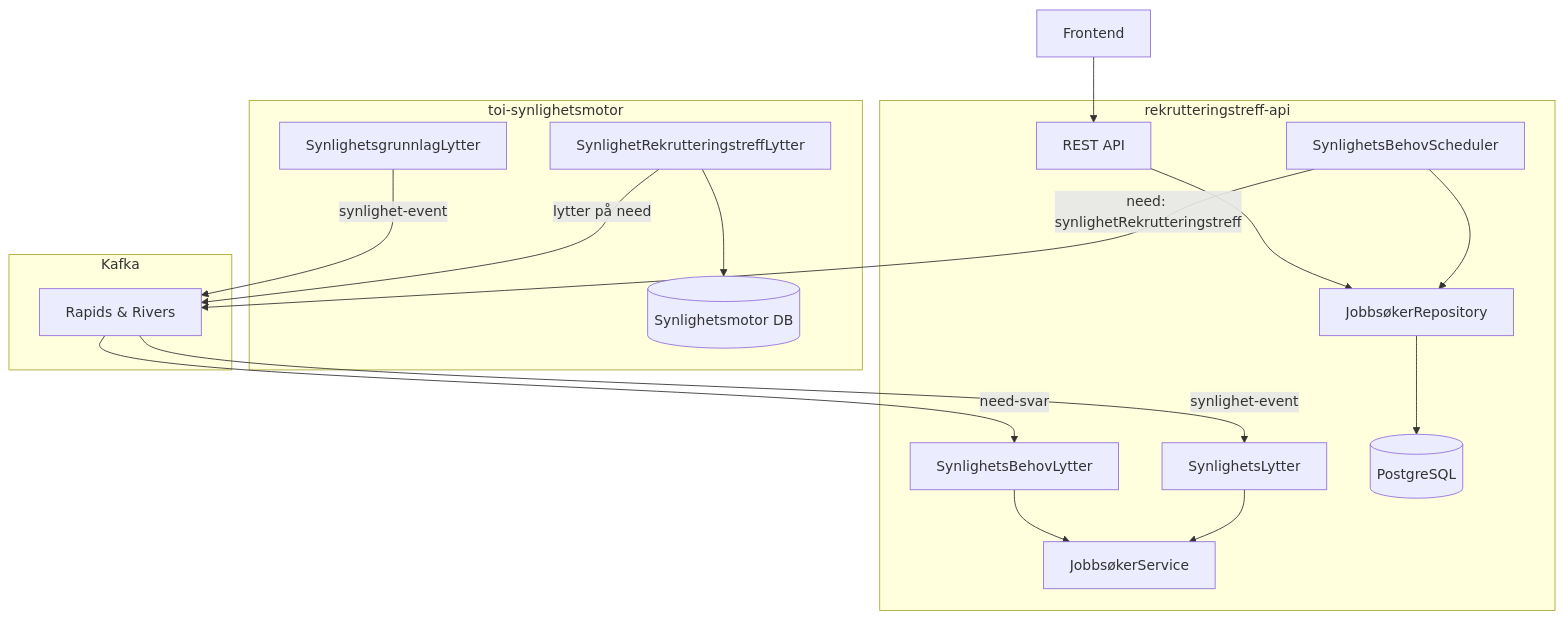
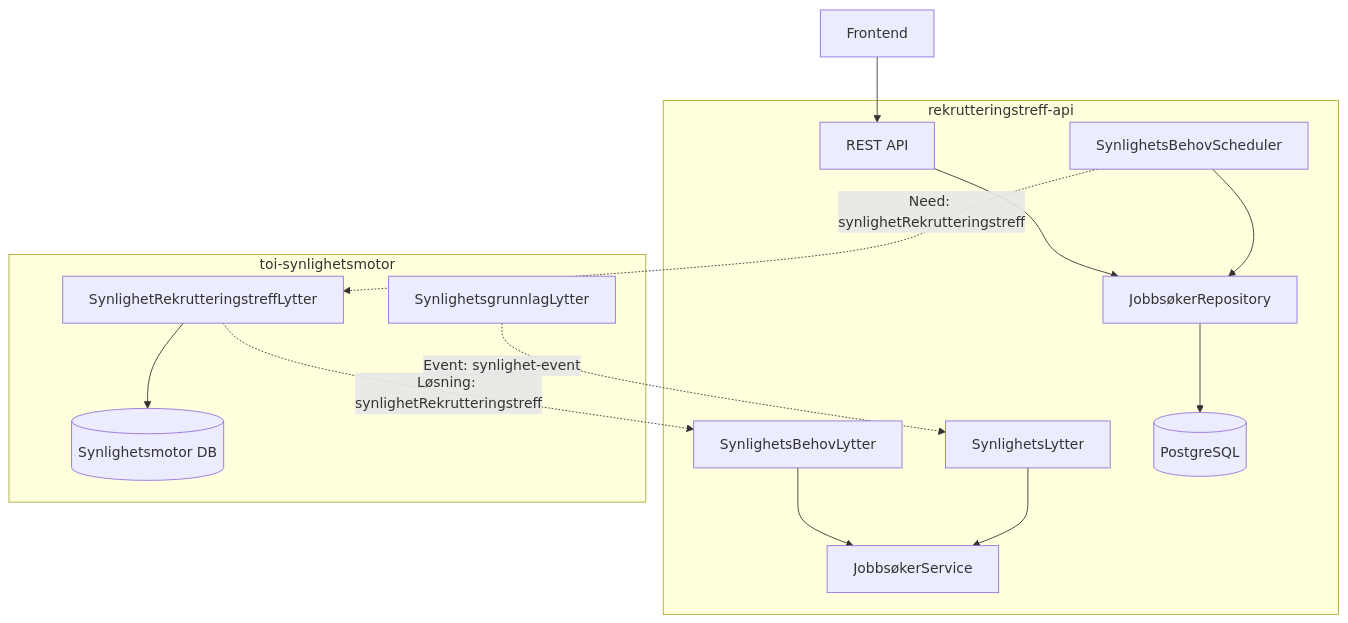
One commit to navikt/rekrutteringstreff-backend changed the first of 4 diagrams in docs/3-sikkerhet/synlighet.md. Above: the diagram before and after it, drawn with Mermaid. The commit also changed other lines of this file, not shown here.

Commit message:
Komprimer synlighetsdiagrammet

````diff
--- a/docs/3-sikkerhet/synlighet.md
+++ b/docs/3-sikkerhet/synlighet.md
@@ -11,38 +11,32 @@
 ```mermaid
 flowchart TB
     subgraph rekrutteringstreff-api
         API[REST API]
         JR[JobbsøkerRepository]
         JS[JobbsøkerService]
         SL[SynlighetsLytter]
         SBL[SynlighetsBehovLytter]
         SBS[SynlighetsBehovScheduler]
         DB[(PostgreSQL)]
     end
 
     subgraph toi-synlighetsmotor
         SRL[SynlighetRekrutteringstreffLytter]
         SGL[SynlighetsgrunnlagLytter]
         SMDB[(Synlighetsmotor DB)]
     end
 
-    subgraph Kafka
-        RAPID[Rapids & Rivers]
-    end
-
+    %% Interne koblinger
     Frontend --> API
     API --> JR
     JR --> DB
     SBS --> JR
+    SBL --> JS
+    SL --> JS
+    SRL --> SMDB
 
-    SBS -->|need: synlighetRekrutteringstreff| RAPID
-    RAPID -->|need-svar| SBL
-    SBL --> JS
-
-    SGL -->|synlighet-event| RAPID
-    RAPID -->|synlighet-event| SL
-    SL --> JS
-
-    SRL -->|lytter på need| RAPID
-    SRL --> SMDB
+    %% Kafka-flyt (Rapids & Rivers)
+    SBS -.->|Need: synlighetRekrutteringstreff| SRL
+    SRL -.->|Løsning: synlighetRekrutteringstreff| SBL
+    SGL -.->|Event: synlighet-event| SL
 ```
````
